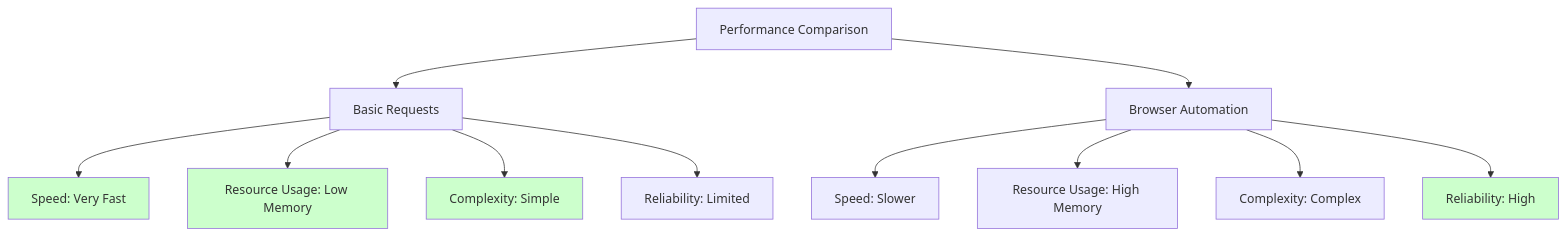
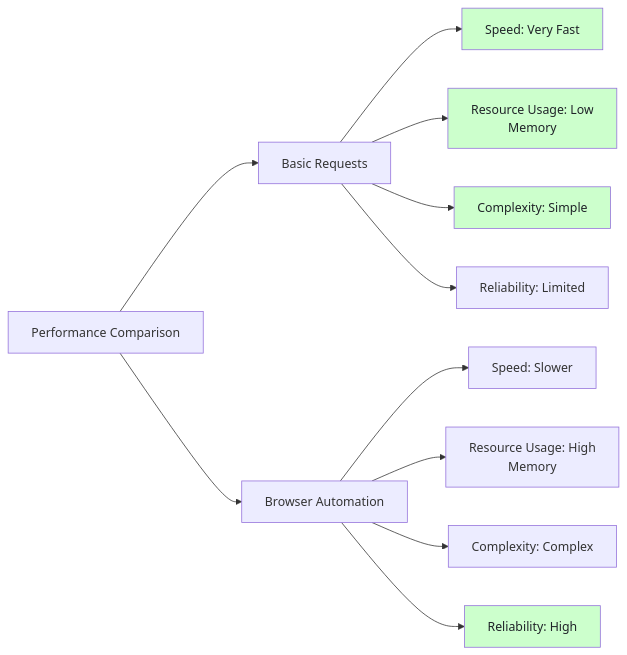
One commit to bytetunnels/bytetunnels.github.com changed the third of 3 diagrams in _posts/2025-04-26-beyond-basic-requests-when-scraper-needs-browser.md. Above: the diagram before and after it, drawn with Mermaid. The commit also changed other lines of this file and 118 other files, not shown here.

Commit message:
feat: improve diagram styling and compact wide flowcharts

````diff
--- a/_posts/2025-04-26-beyond-basic-requests-when-scraper-needs-browser.md
+++ b/_posts/2025-04-26-beyond-basic-requests-when-scraper-needs-browser.md
@@ -177,22 +177,22 @@
 ```mermaid
-graph TD
+graph LR
     M[Performance Comparison]
 
     M --> BR[Basic Requests]
     M --> BA[Browser Automation]
 
     BR --> A1[Speed: Very Fast]
-    BR --> B1[Resource Usage: Low Memory]
+    BR --> B1["Resource Usage: Low<br/>Memory"]
     BR --> C1[Complexity: Simple]
     BR --> D1[Reliability: Limited]
 
     BA --> A2[Speed: Slower]
-    BA --> B2[Resource Usage: High Memory]
+    BA --> B2["Resource Usage: High<br/>Memory"]
     BA --> C2[Complexity: Complex]
     BA --> D2[Reliability: High]
 
-    style A1 fill:#ccffcc
-    style B1 fill:#ccffcc
-    style C1 fill:#ccffcc
-    style D2 fill:#ccffcc
+    style A1 fill:#ccffcc,color:#1f2328
+    style B1 fill:#ccffcc,color:#1f2328
+    style C1 fill:#ccffcc,color:#1f2328
+    style D2 fill:#ccffcc,color:#1f2328
 ```
````
